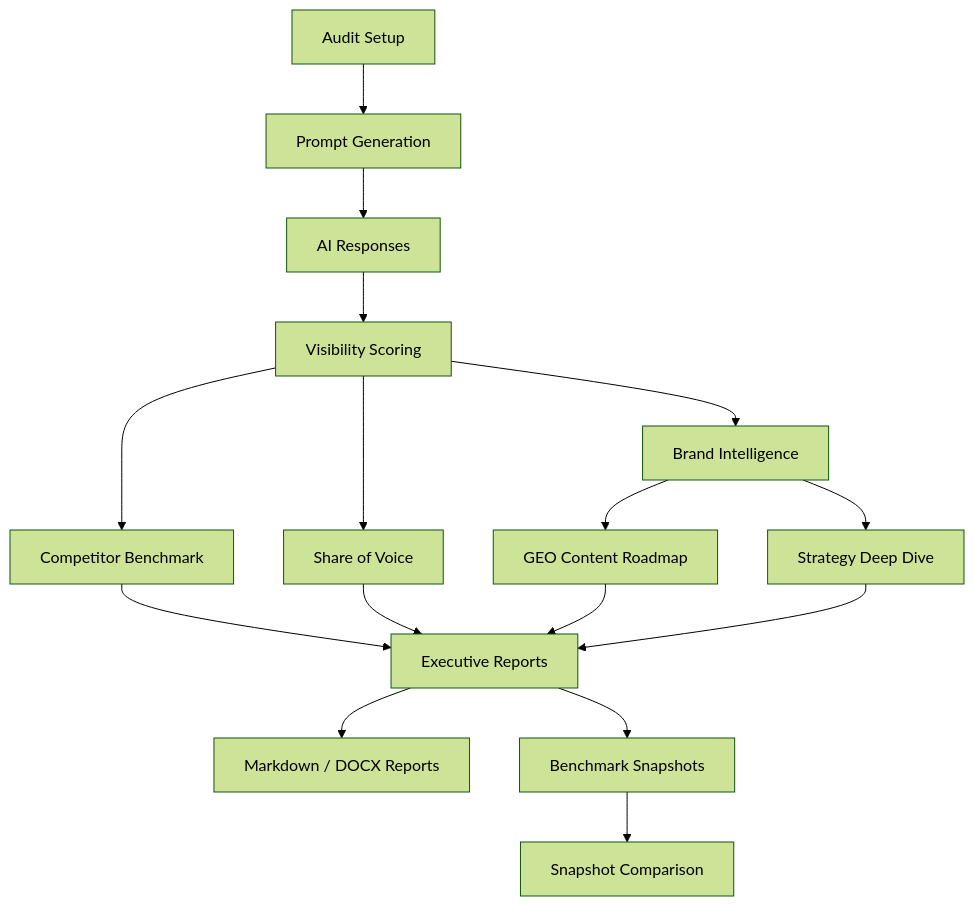
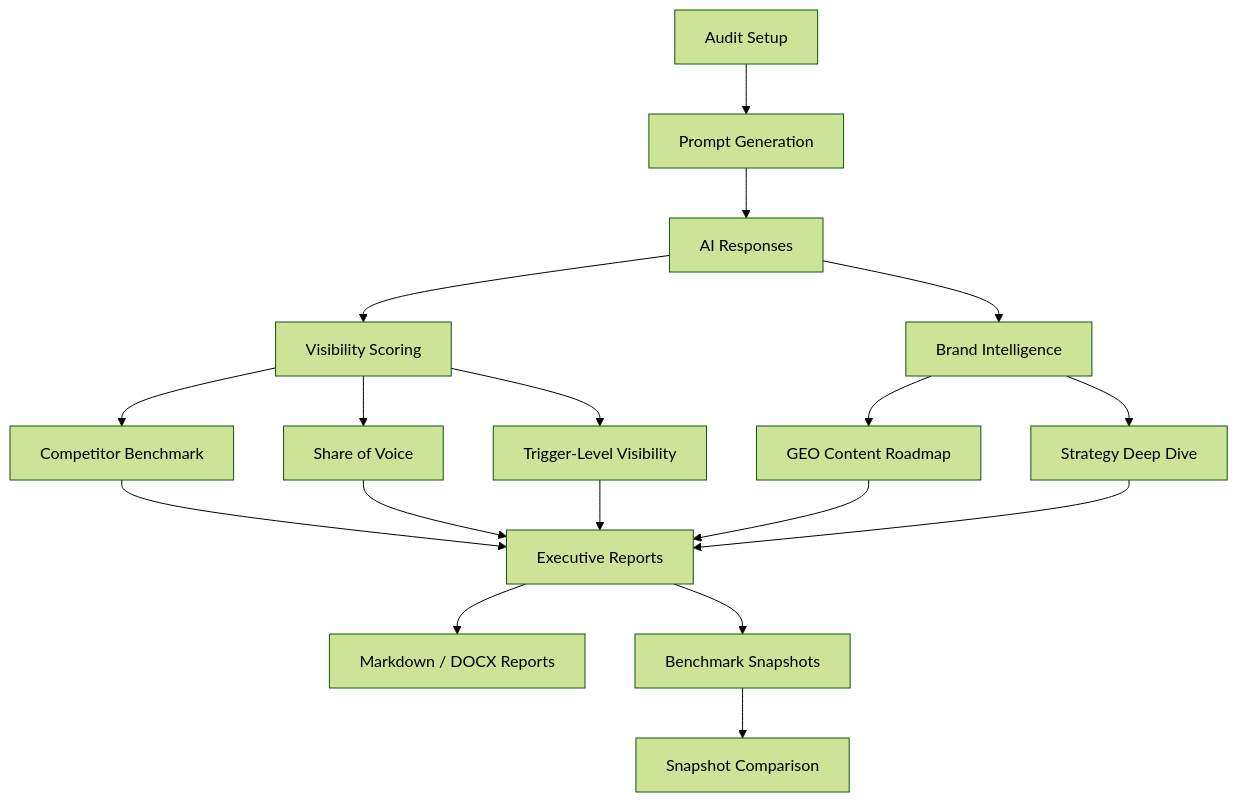
The diagram in README.md (Godric1201/dermaviduals-brand-analyzer), drawn with Mermaid (forest theme) before and after one commit. The commit also changed other lines of this file, not shown here.

````diff
--- a/README.md
+++ b/README.md
@@ -144,18 +192,20 @@
 ```mermaid
 flowchart TD
     A[Audit Setup] --> B[Prompt Generation]
     B --> C[AI Responses]
     C --> D[Visibility Scoring]
     D --> E[Competitor Benchmark]
     D --> F[Share of Voice]
-    D --> G[Brand Intelligence]
-    G --> H[GEO Content Roadmap]
-    G --> I[Strategy Deep Dive]
-    E --> J[Executive Reports]
-    F --> J
-    H --> J
-    I --> J
-    J --> K[Markdown / DOCX Reports]
-    J --> L[Benchmark Snapshots]
-    L --> M[Snapshot Comparison]
+    D --> G[Trigger-Level Visibility]
+    C --> H[Brand Intelligence]
+    H --> I[GEO Content Roadmap]
+    H --> J[Strategy Deep Dive]
+    E --> K[Executive Reports]
+    F --> K
+    G --> K
+    I --> K
+    J --> K
+    K --> L[Markdown / DOCX Reports]
+    K --> M[Benchmark Snapshots]
+    M --> N[Snapshot Comparison]
 ```
````
